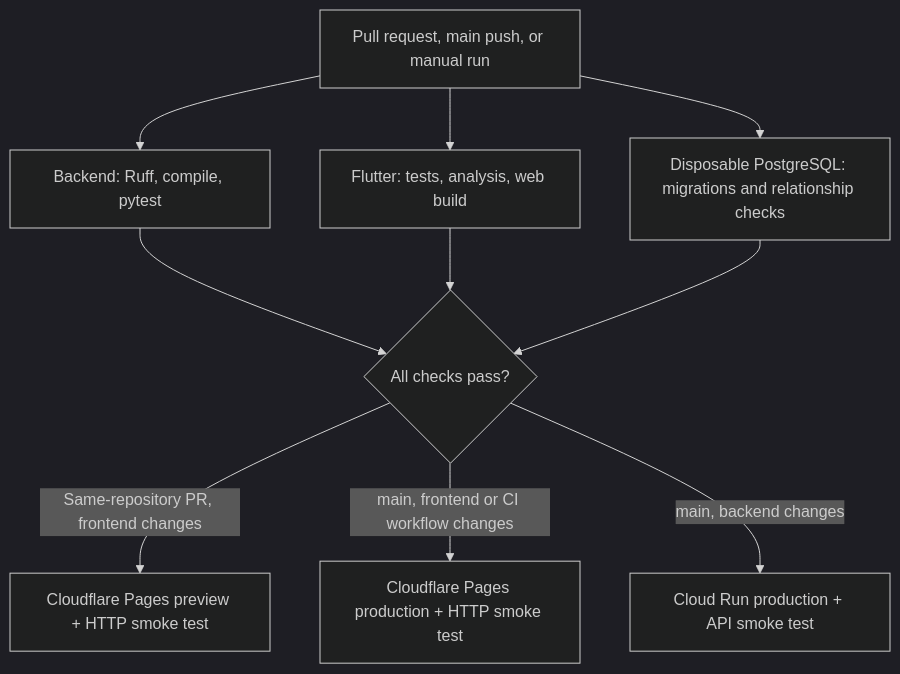
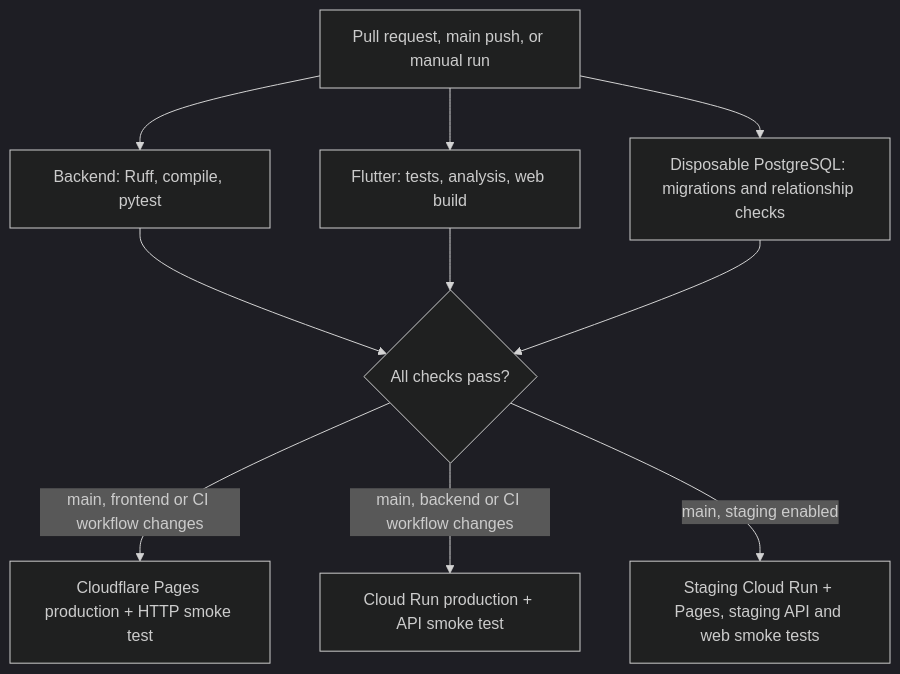
Before and after one commit to relax-mode/lagaw: the diagram in PIPELINE.md, drawn with Mermaid (dark theme). The commit also changed other lines of this file and 3 other files, not shown here.

````diff
--- a/PIPELINE.md
+++ b/PIPELINE.md
@@ -7,12 +7,12 @@
 ```mermaid
 flowchart TD
   Trigger[Pull request, main push, or manual run] --> Backend[Backend: Ruff, compile, pytest]
   Trigger --> Frontend[Flutter: tests, analysis, web build]
   Trigger --> Database[Disposable PostgreSQL: migrations and relationship checks]
   Backend --> Gate{All checks pass?}
   Frontend --> Gate
   Database --> Gate
-  Gate -->|Same-repository PR, frontend changes| Preview[Cloudflare Pages preview + HTTP smoke test]
   Gate -->|main, frontend or CI workflow changes| ProductionWeb[Cloudflare Pages production + HTTP smoke test]
-  Gate -->|main, backend changes| ProductionAPI[Cloud Run production + API smoke test]
+  Gate -->|main, backend or CI workflow changes| ProductionAPI[Cloud Run production + API smoke test]
+  Gate -->|main, staging enabled| Staging[Staging Cloud Run + Pages, staging API and web smoke tests]
 ```
````
